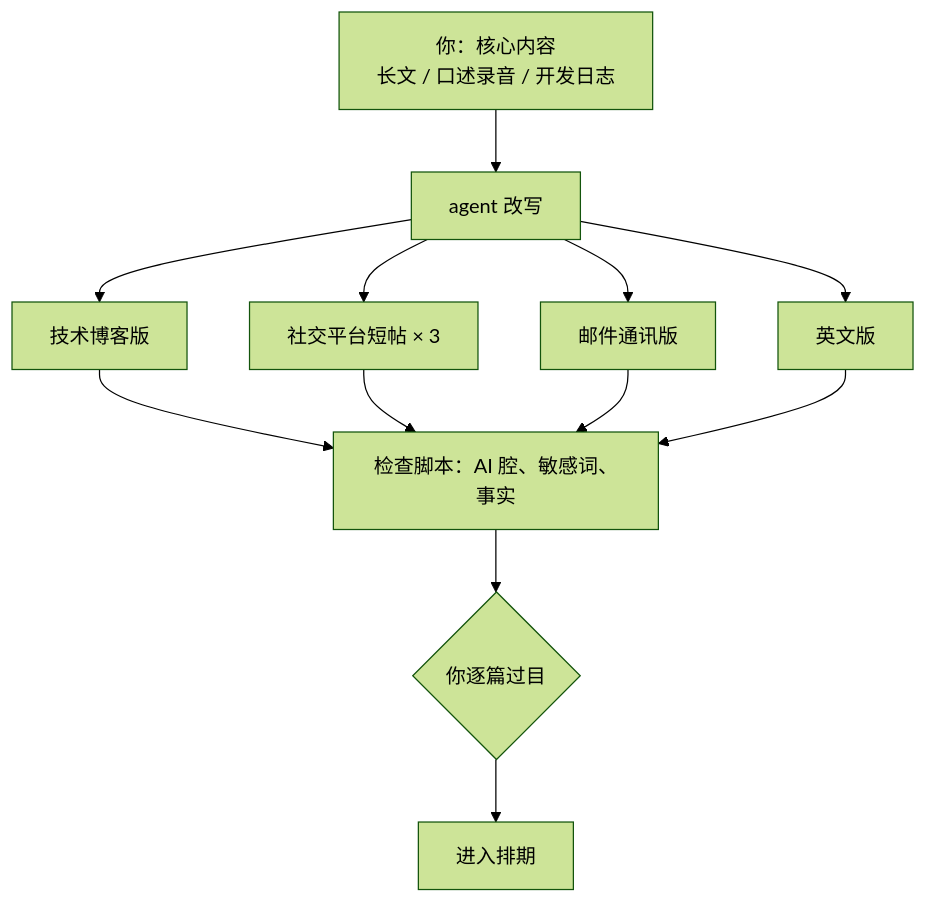
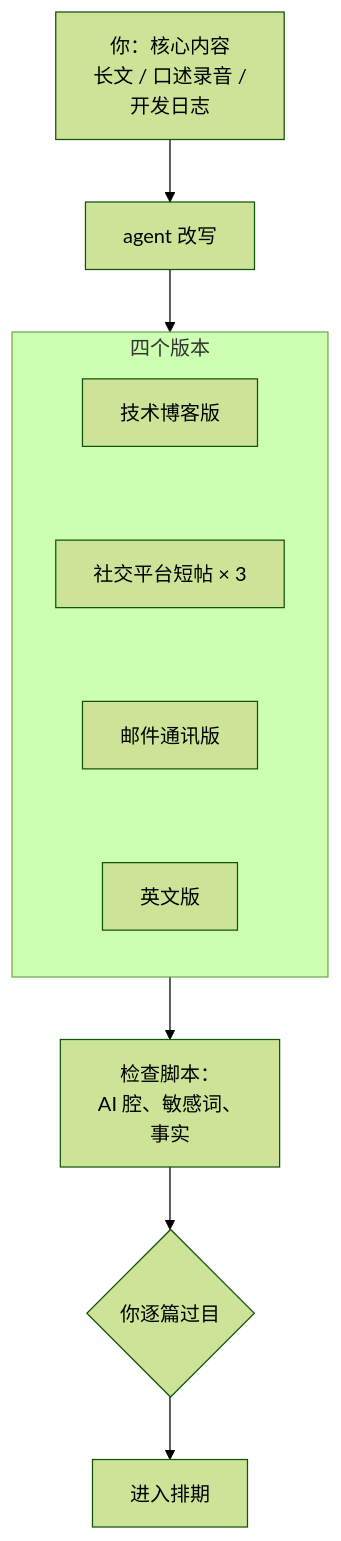
One commit to jarvis-pro/hatch-shelf changed the second of 2 diagrams in books/ai-native-opc/05-marketing.md. Above: the diagram before and after it, drawn with Mermaid (forest theme). The commit also changed other lines of this file and 432 other files, not shown here.

````diff
--- a/books/ai-native-opc/05-marketing.md
+++ b/books/ai-native-opc/05-marketing.md
@@ -62,11 +63,12 @@
 ```mermaid
 flowchart TD
-  A["你：核心内容<br/>长文 / 口述录音 / 开发日志"] --> B["agent 改写"]
-  B --> C["技术博客版"]
-  B --> D["社交平台短帖 × 3"]
-  B --> E["邮件通讯版"]
-  B --> F["英文版"]
-  C & D & E & F --> G["检查脚本：AI 腔、敏感词、事实"]
+  A["你：核心内容<br/>长文 / 口述录音 /<br/>开发日志"] --> B["agent 改写"]
+  B --> VER
+  subgraph VER["四个版本"]
+    direction TB
+    C["技术博客版"] ~~~ D["社交平台短帖 × 3"] ~~~ E["邮件通讯版"] ~~~ F["英文版"]
+  end
+  VER --> G["检查脚本：<br/>AI 腔、敏感词、<br/>事实"]
   G --> H{"你逐篇过目"}
   H --> I["进入排期"]
 ```
````
